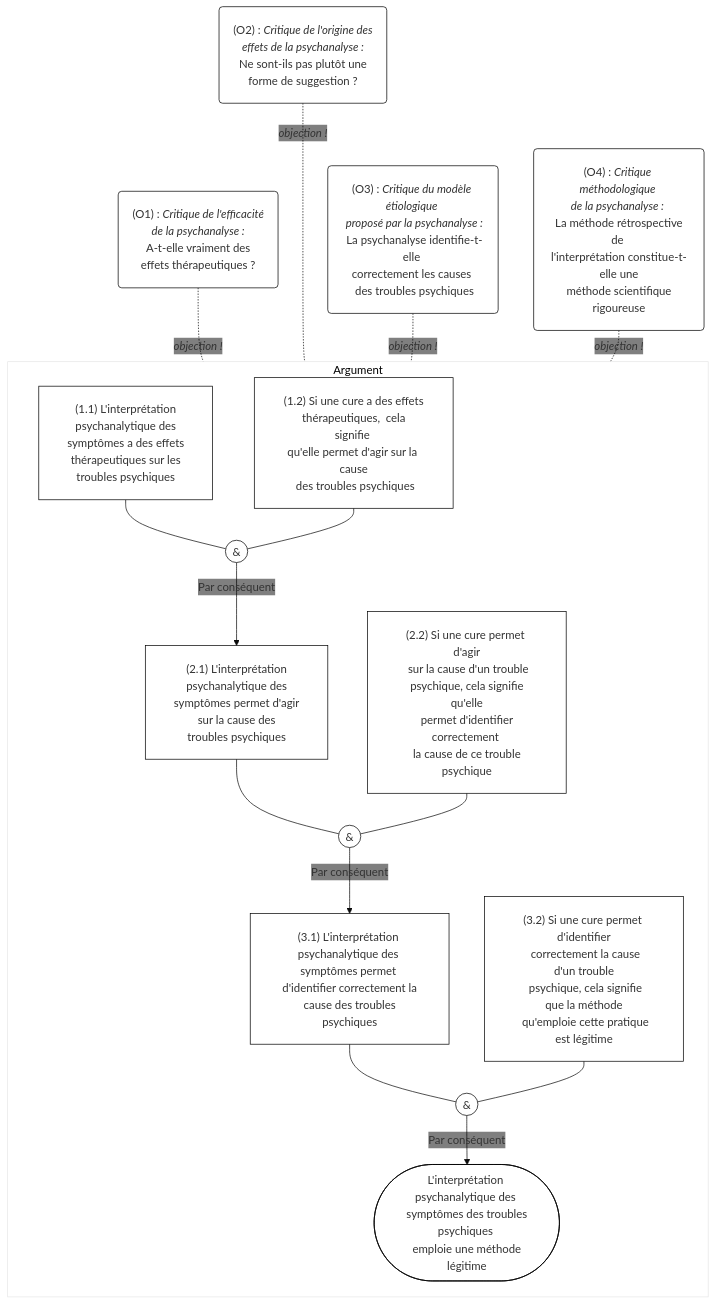
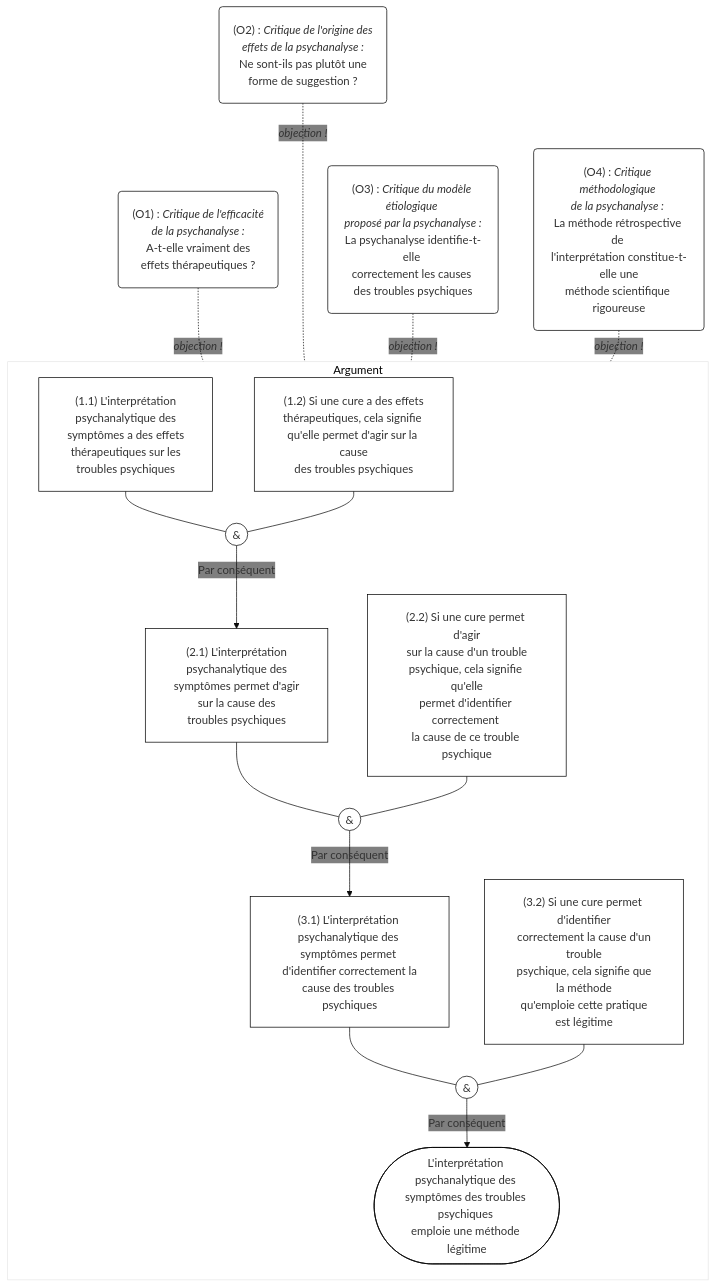
One commit to eyssette/arguments changed the diagram in Grunbaum-tally-argument-contre-la-psychanalyse.mmd. Above: the diagram before and after it, drawn with Mermaid. The commit also changed 6 other files, not shown here.

```diff
--- a/Grunbaum-tally-argument-contre-la-psychanalyse.mmd
+++ b/Grunbaum-tally-argument-contre-la-psychanalyse.mmd
@@ -1,40 +1,78 @@
-%%{init: {"theme":"base","themeCSS": "#Argument rect{stroke:transparent; fill:#e5e5e5} #Argument span {color:transparent} .edgeLabel{color:#888; font-size:0.9em; margin-right:3px} .edgeLabel i{color:crimson} .edge-pattern-dotted{stroke:crimson} .edge-pattern-solid{stroke:green} #flowchart-pointEnd{fill:green}  g[id*=\"O\"] *{stroke:crimson!important; font-size:0.95em} circle+g span{color:white; } circle{fill:green!important} g[id*=\"C\"] * {fill:black;color:white;font-weight:bold}","themeVariables":{"secondaryColor":"transparent","primaryColor":"white","primaryBorderColor":"black"},"flowchart":{"htmlLabels":true,"padding":20,"rankSpacing":20}} }%%
+%%{init: {"theme":"base","themeCSS": "#Argument rect{stroke:transparent; fill:#e5e5e5} #Argument span {color:transparent} .edgeLabel{color:#888; font-size:0.9em; margin-right:3px} .edgeLabel i{color:crimson} .edge-pattern-dotted{stroke:crimson} .edge-pattern-solid{stroke:green} #flowchart-pointEnd{fill:green} g[id*=\"O\"] *{stroke:crimson!important; font-size:0.95em} circle+g span{color:white; } circle{fill:green!important} g[id*=\"C\"] * {fill:black;color:white;font-weight:bold}","themeVariables":{"secondaryColor":"transparent","primaryColor":"white","primaryBorderColor":"black"},"flowchart":{"htmlLabels":true,"padding":20,"rankSpacing":20}} }%%
 flowchart TB
-    %%accTitle: Titre
-    %%accDescr: Description
-    subgraph Argument
-    direction TB
-    %% 1("Prémisse")
-    %% Pour utiliser les guillemets dans une prémisse : #quot;
-    %% 1 -->|Par conséquent|2
-    %% 1 & 2 --- PL1((&))
-    %% C(["Conclusion"])
-    1.1["(1.1) L'interprétation <br>psychanalytique des<br> symptômes a des effets <br>thérapeutiques sur les<br> troubles psychiques"]
-    1.2["(1.2) Si une cure a des effets<br> thérapeutiques,  cela signifie <br>qu'elle permet d'agir sur la cause<br> des troubles psychiques"]
-    1.1 & 1.2 --- PL1((&))
-    PL1-->|Par conséquent|2.1
+%%accTitle: Titre
+%%accDescr: Description
+subgraph Argument
+direction TB
+%% 1("Prémisse")
+%% Pour utiliser les guillemets dans une prémisse : #quot;
+%% 1 -->|Par conséquent|2
+%% 1 & 2 --- PL1((&))
+%% C(["Conclusion"])
+1.1["(1.1) L'interprétation 
+psychanalytique des
+symptômes a des effets 
+thérapeutiques sur les
+troubles psychiques"]
+1.2["(1.2) Si une cure a des effets
+thérapeutiques, cela signifie 
+qu'elle permet d'agir sur la cause
+des troubles psychiques"]
+1.1 & 1.2 --- PL1((&))
+PL1-->|Par conséquent|2.1
 
-    2.1["(2.1) L'interprétation <br>psychanalytique des <br> symptômes permet d'agir<br> sur la  cause des<br> troubles psychiques"]
-    2.2["(2.2) Si une cure permet d'agir<br> sur la cause d'un trouble<br> psychique, cela signifie qu'elle<br> permet d'identifier correctement <br> la cause de ce trouble psychique"]
-    2.1 & 2.2 --- PL2((&))
-    PL2-->|Par conséquent|3.1
+2.1["(2.1) L'interprétation 
+psychanalytique des 
+symptômes permet d'agir
+sur la cause des
+troubles psychiques"]
+2.2["(2.2) Si une cure permet d'agir
+sur la cause d'un trouble
+psychique, cela signifie qu'elle
+permet d'identifier correctement 
+la cause de ce trouble psychique"]
+2.1 & 2.2 --- PL2((&))
+PL2-->|Par conséquent|3.1
 
-    3.1["(3.1) L'interprétation <br>psychanalytique des <br>symptômes permet <br>d'identifier correctement la<br> cause des troubles psychiques"]
-    3.2["(3.2) Si une cure permet d'identifier<br>  correctement la cause d'un trouble<br>  psychique, cela signifie que la méthode<br>  qu'emploie cette pratique est légitime"]
-    3.1 & 3.2 --- PL3((&))
-    PL3-->|Par conséquent|C
-    
-    C(["L'interprétation psychanalytique des <br> symptômes des troubles psychiques <br> emploie une méthode légitime"])
-    end
-    %% OBJECTIONS
-    %% O1["Objection"]
-    %% O1-.-|<i>objection !</i>|3
+3.1["(3.1) L'interprétation 
+psychanalytique des 
+symptômes permet 
+d'identifier correctement la
+cause des troubles psychiques"]
+3.2["(3.2) Si une cure permet d'identifier
+ correctement la cause d'un trouble
+ psychique, cela signifie que la méthode
+ qu'emploie cette pratique est légitime"]
+3.1 & 3.2 --- PL3((&))
+PL3-->|Par conséquent|C
 
-    O1("(O1) : <i>Critique de l'efficacité <br>de la psychanalyse :</i><br>A-t-elle vraiment des<br>effets thérapeutiques ?")
-    O1-.-|<i>objection !</i>|1.1
-    O2("(O2) : <i>Critique de l'origine des <br> effets de la psychanalyse :</i> <br> Ne sont-ils pas plutôt une <br> forme de suggestion ?")
-    O2-...-|<i>objection !</i>|2.1
-    O3("(O3) : <i>Critique du modèle étiologique <br> proposé par la psychanalyse :</i><br> La psychanalyse identifie-t-elle <br>correctement les causes <br> des troubles psychiques")
-    O3-.-|<i>objection !</i>|3.1
-    O4("(O4) : <i>Critique méthodologique <br>de la psychanalyse :</i> <br> La méthode rétrospective de <br>l'interprétation constitue-t-elle une<br> méthode scientifique rigoureuse")
-    O4-.-|<i>objection !</i>|C
+C(["L'interprétation psychanalytique des 
+symptômes des troubles psychiques 
+emploie une méthode légitime"])
+end
+%% OBJECTIONS
+%% O1["Objection"]
+%% O1-.-|<i>objection !</i>|3
+
+O1("(O1) : <i>Critique de l'efficacité 
+de la psychanalyse :</i>
+A-t-elle vraiment des
+effets thérapeutiques ?")
+O1-.-|<i>objection !</i>|1.1
+O2("(O2) : <i>Critique de l'origine des 
+effets de la psychanalyse :</i> 
+Ne sont-ils pas plutôt une 
+forme de suggestion ?")
+O2-...-|<i>objection !</i>|2.1
+O3("(O3) : <i>Critique du modèle étiologique 
+proposé par la psychanalyse :</i>
+La psychanalyse identifie-t-elle 
+correctement les causes 
+des troubles psychiques")
+O3-.-|<i>objection !</i>|3.1
+O4("(O4) : <i>Critique méthodologique 
+de la psychanalyse :</i> 
+La méthode rétrospective de 
+l'interprétation constitue-t-elle une
+méthode scientifique rigoureuse")
+O4-.-|<i>objection !</i>|C
```
